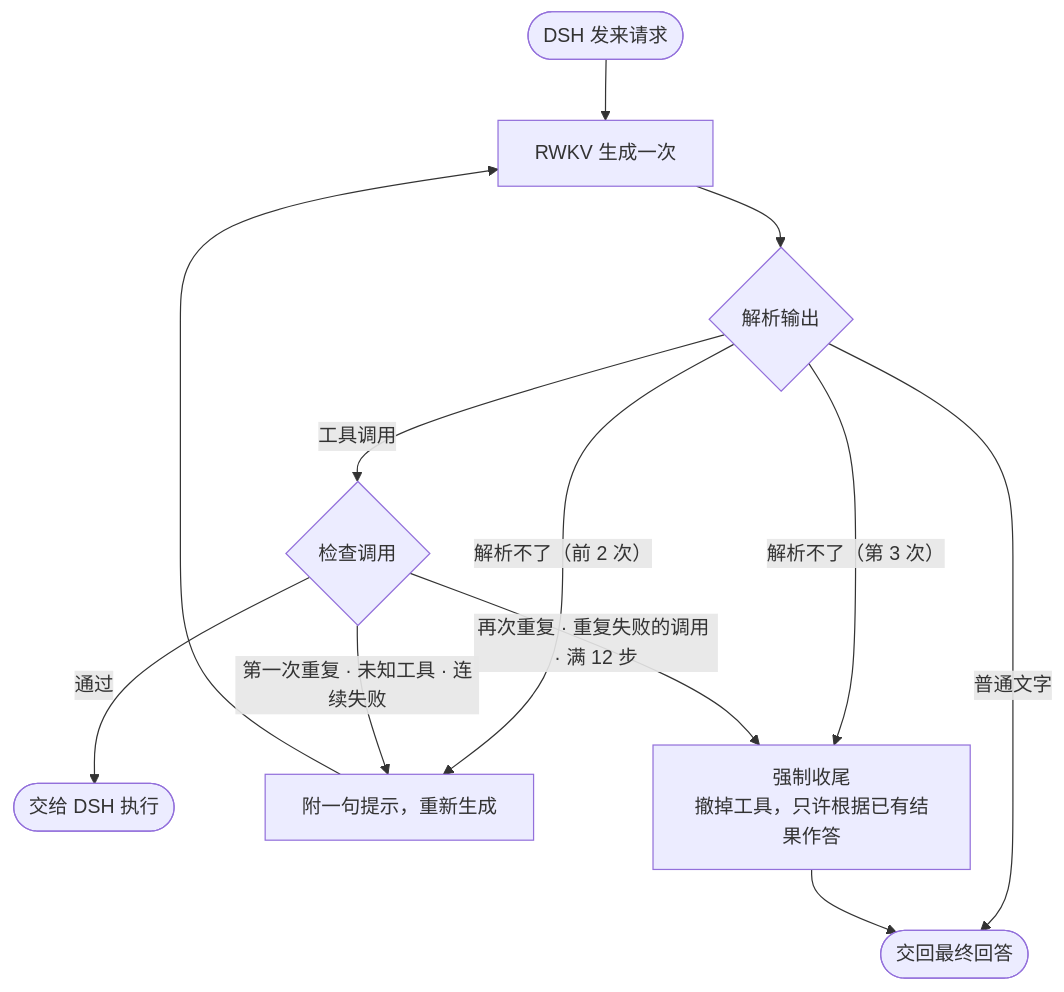
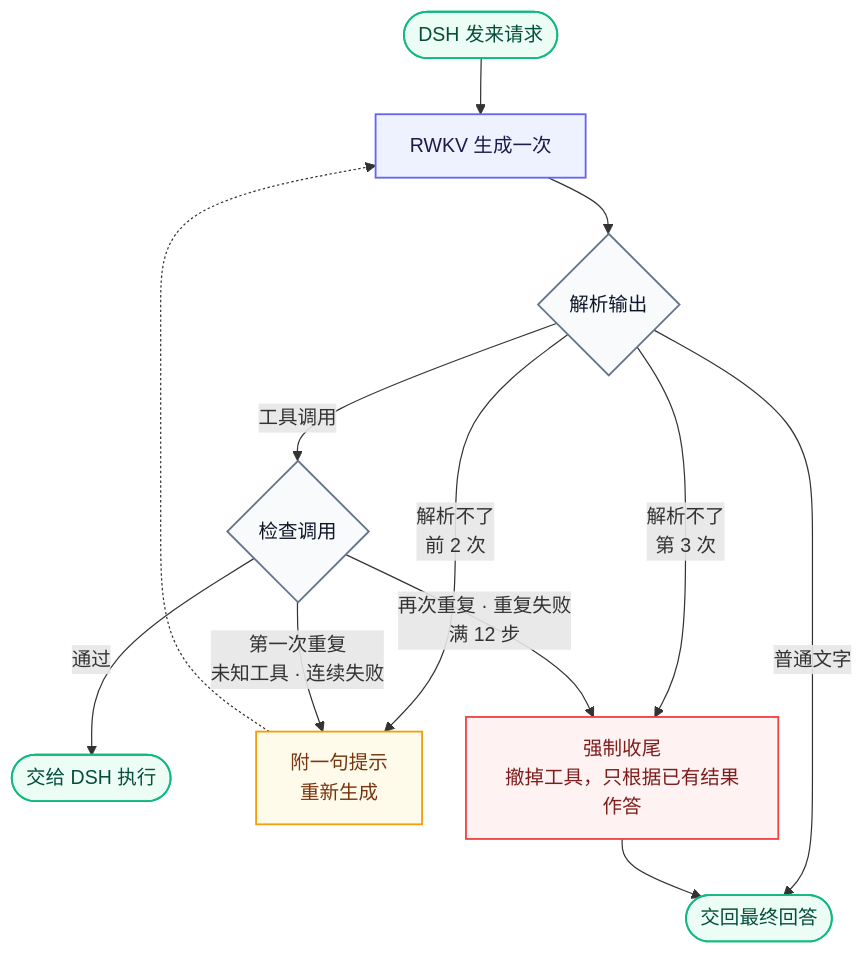
One commit to No-22-Github/dsh-rwkv-plugin changed the second of 2 diagrams in README.md. Above: the diagram before and after it, drawn with Mermaid. The commit also changed other lines of this file, not shown here.

Commit message:
README: color the flow diagrams (node classes, numbered sequence, highlighted retry loop)

````diff
--- a/README.md
+++ b/README.md
@@ -33,14 +38,21 @@
 ```mermaid
+%%{init: {"flowchart":{"curve":"basis","nodeSpacing":36,"rankSpacing":46,"padding":14}}}%%
 flowchart TD
-    S(["DSH 发来请求"]) --> G["RWKV 生成一次"]
-    G --> PA{"解析输出"}
-    PA -- "普通文字" --> FIN(["交回最终回答"])
-    PA -- "工具调用" --> GT{"检查调用"}
-    GT -- "通过" --> RUN(["交给 DSH 执行"])
-    PA -- "解析不了（前 2 次）" --> RE["附一句提示，重新生成"]
-    GT -- "第一次重复 · 未知工具 · 连续失败" --> RE
-    RE --> G
-    PA -- "解析不了（第 3 次）" --> CL["强制收尾<br/>撤掉工具，只许根据已有结果作答"]
-    GT -- "再次重复 · 重复失败的调用 · 满 12 步" --> CL
+    S(["DSH 发来请求"]):::io --> G["RWKV 生成一次"]:::model
+    G --> PA{"解析输出"}:::check
+    PA -- "普通文字" --> FIN(["交回最终回答"]):::io
+    PA -- "工具调用" --> GT{"检查调用"}:::check
+    GT -- "通过" --> RUN(["交给 DSH 执行"]):::io
+    PA -- "解析不了<br/>前 2 次" --> RE["附一句提示<br/>重新生成"]:::retry
+    GT -- "第一次重复<br/>未知工具 · 连续失败" --> RE
+    RE -.-> G
+    PA -- "解析不了<br/>第 3 次" --> CL["强制收尾<br/>撤掉工具，只根据已有结果作答"]:::stop
+    GT -- "再次重复 · 重复失败<br/>满 12 步" --> CL
     CL --> FIN
+
+    classDef io fill:#ecfdf5,stroke:#10b981,stroke-width:1.5px,color:#064e3b
+    classDef model fill:#eef2ff,stroke:#6366f1,stroke-width:1.5px,color:#1e1b4b
+    classDef check fill:#f8fafc,stroke:#64748b,stroke-width:1.5px,color:#0f172a
+    classDef retry fill:#fffbeb,stroke:#f59e0b,stroke-width:1.5px,color:#78350f
+    classDef stop fill:#fef2f2,stroke:#ef4444,stroke-width:1.5px,color:#7f1d1d
 ```
````
